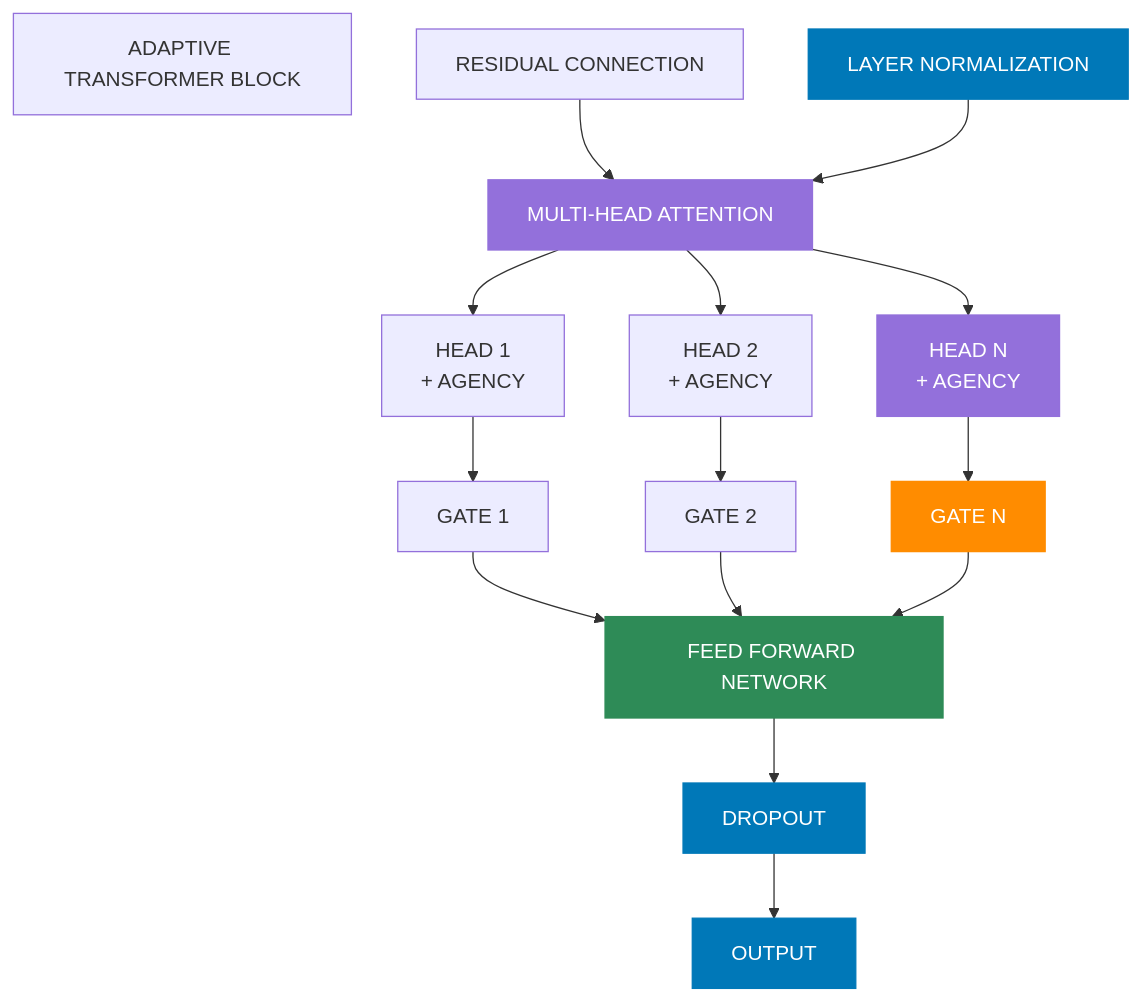
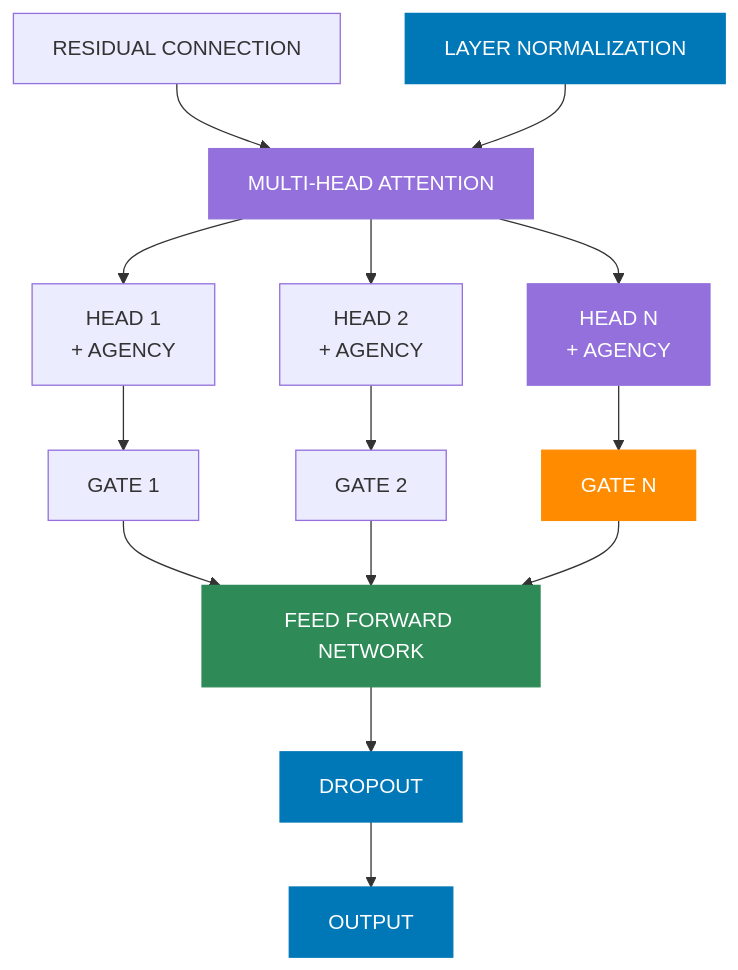
One commit to CambrianTech/sentinel-ai changed the sixth of 6 diagrams in README.md. Above: the diagram before and after it, drawn with Mermaid. The commit also changed other lines of this file and 1 other file, not shown here.

First line of the commit message:
Fix/diagram colors and captions (#34)

````diff
--- a/README.md
+++ b/README.md
@@ -518,50 +509,48 @@
 ```mermaid
 flowchart TD
     classDef standard fill:#333,stroke:#333,stroke-width:1px,color:#fff
     classDef layer fill:#0078b8,stroke:#0078b8,stroke-width:1px,color:#fff
     classDef attention fill:#9370db,stroke:#9370db,stroke-width:1px,color:#fff
     classDef ffn fill:#2e8b57,stroke:#2e8b57,stroke-width:1px,color:#fff
     classDef head fill:#ff8c00,stroke:#ff8c00,stroke-width:1px,color:#fff
     
     %% Main Components
-    header["ADAPTIVE TRANSFORMER BLOCK"]
     residual["RESIDUAL CONNECTION"]
     norm["LAYER NORMALIZATION"]
     attention["MULTI-HEAD ATTENTION"]
     ffn["FEED FORWARD NETWORK"]
     dropout["DROPOUT"]
     output["OUTPUT"]
     
     %% Attention Components
     head1["HEAD 1<br/>+ AGENCY"]
     head2["HEAD 2<br/>+ AGENCY"]
     headn["HEAD N<br/>+ AGENCY"]
     
     gate1["GATE 1"]
     gate2["GATE 2"]
     gaten["GATE N"]
     
     %% Connections
         
     residual & norm --> attention
     
     attention --> head1 & head2 & headn
     head1 --> gate1
     head2 --> gate2
     headn --> gaten
     
     gate1 & gate2 & gaten --> ffn
     ffn --> dropout
     dropout --> output
     
     %% Styling
-    header:::header
     residual & norm:::layer
     attention:::attention
     ffn:::ffn
     dropout:::layer
     output:::layer
     
     head1 & head2 & headn:::attention
     gate1 & gate2 & gaten:::head
 ```
````
